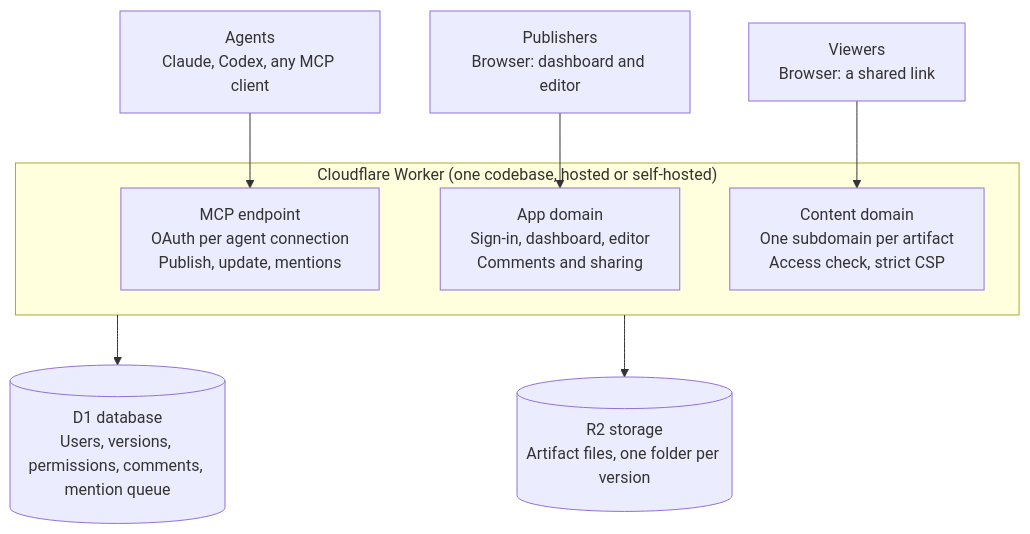
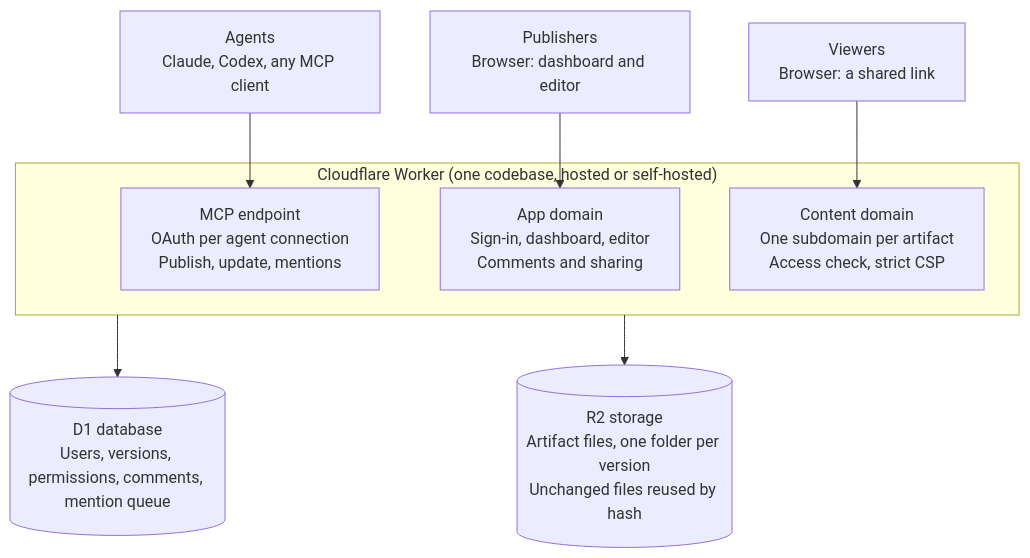
Before and after one commit to mr0b0t0/plinth: the diagram in docs/spec.md, drawn with Mermaid. The commit also changed other lines of this file and 5 other files, not shown here.

````diff
--- a/docs/spec.md
+++ b/docs/spec.md
@@ -72,18 +72,18 @@
 ```mermaid
 flowchart TB
   agents["Agents<br/>Claude, Codex, any MCP client"]
   publishers["Publishers<br/>Browser: dashboard and editor"]
   viewers["Viewers<br/>Browser: a shared link"]
   subgraph worker["Cloudflare Worker (one codebase, hosted or self-hosted)"]
     mcp["MCP endpoint<br/>OAuth per agent connection<br/>Publish, update, mentions"]
     app["App domain<br/>Sign-in, dashboard, editor<br/>Comments and sharing"]
     content["Content domain<br/>One subdomain per artifact<br/>Access check, strict CSP"]
   end
   d1[("D1 database<br/>Users, versions, permissions, comments, mention queue")]
-  r2[("R2 storage<br/>Artifact files, one folder per version")]
+  r2[("R2 storage<br/>Artifact files, one folder per version<br/>Unchanged files reused by hash")]
   agents --> mcp
   publishers --> app
   viewers --> content
   worker --> d1
   worker --> r2
 ```
````
